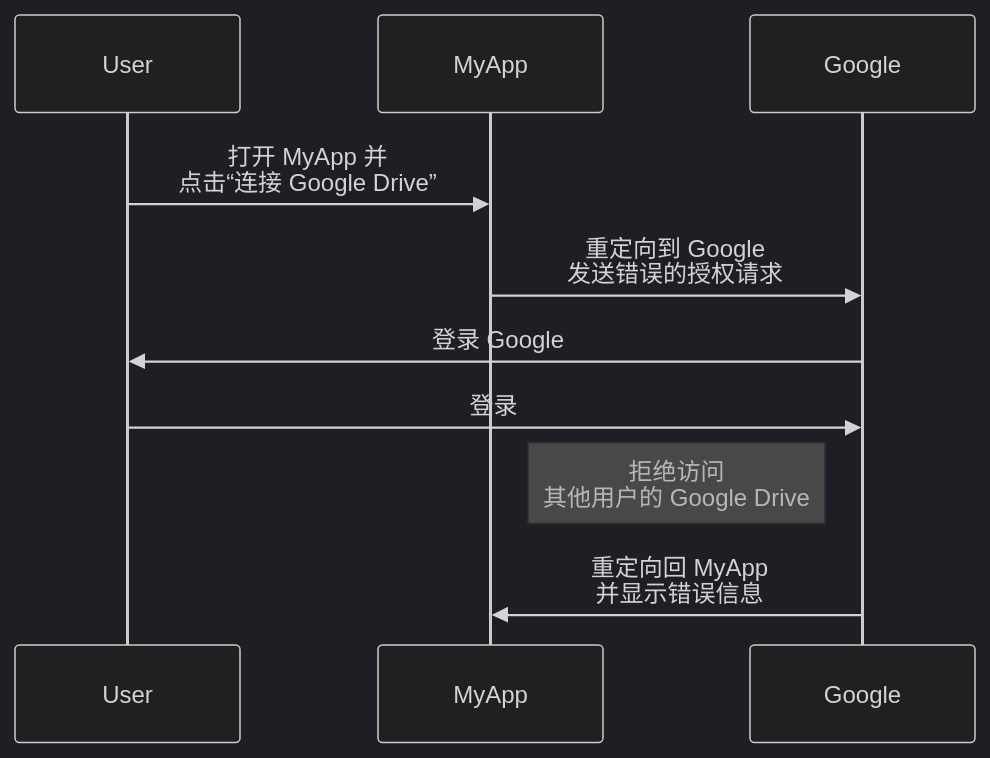
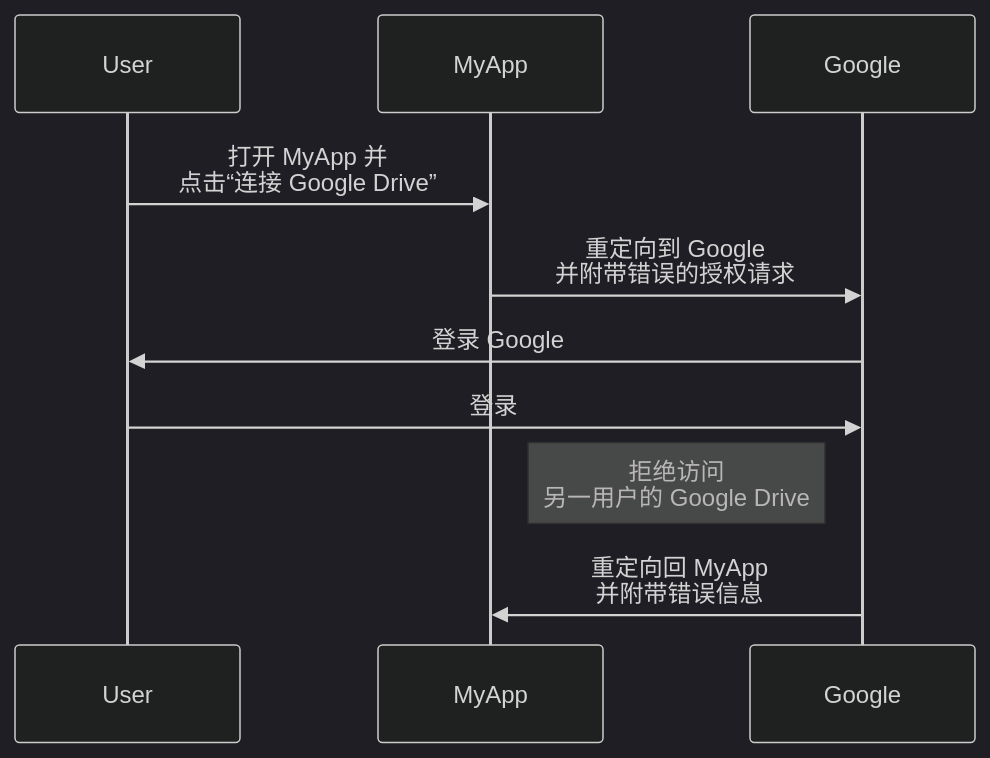
The second of 3 diagrams in src/content/terms/zh/oauth-2.0.mdx (logto-io/auth-wiki), drawn with Mermaid (dark theme) before and after one commit. The commit also changed other lines of this file and 66 other files, not shown here.

````diff
--- a/src/content/terms/zh/oauth-2.0.mdx
+++ b/src/content/terms/zh/oauth-2.0.mdx
@@ -88,13 +87,13 @@
 ```mermaid
 sequenceDiagram
     participant User
     participant MyApp
     participant Google
 
     User->>MyApp: 打开 MyApp 并<br/>点击“连接 Google Drive”
-    MyApp->>Google: 重定向到 Google<br/>发送错误的授权请求
+    MyApp->>Google: 重定向到 Google<br/>并附带错误的授权请求
     Google->>User: 登录 Google
     User->>Google: 登录
-    Note left of Google: 拒绝访问<br/>其他用户的 Google Drive
-    Google->>MyApp: 重定向回 MyApp<br/>并显示错误信息
+    Note left of Google: 拒绝访问<br/>另一用户的 Google Drive
+    Google->>MyApp: 重定向回 MyApp<br/>并附带错误信息
 ```
````
